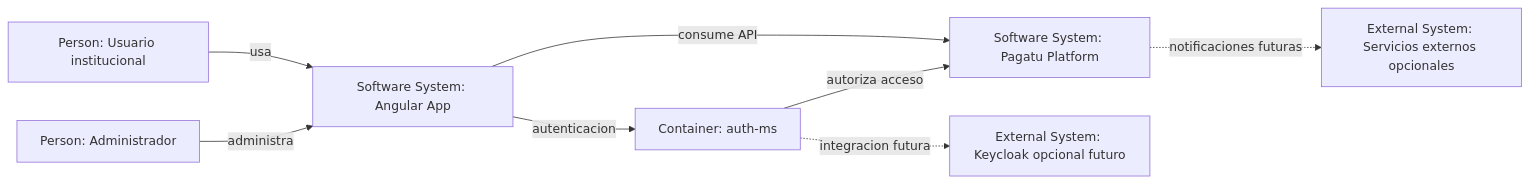
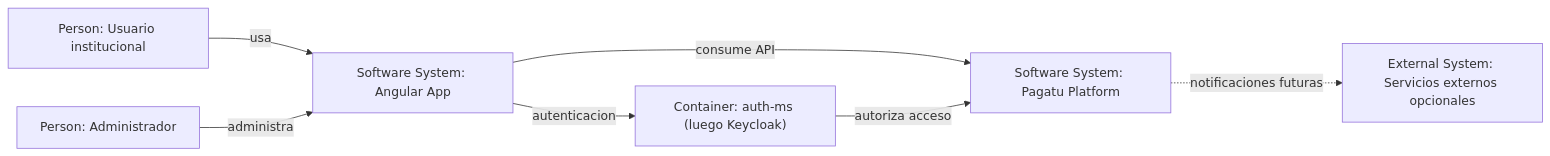
Before and after one commit to 262dist/pagatu: the first of 5 diagrams in README.md, drawn with Mermaid. The commit also changed other lines of this file and 1 other file, not shown here.

````diff
--- a/README.md
+++ b/README.md
@@ -39,18 +39,16 @@
 ```mermaid
 flowchart LR
     usuario["Person: Usuario institucional"]
     admin["Person: Administrador"]
     angular["Software System: Angular App"]
     pagatu["Software System: Pagatu Platform"]
-    auth["Container: auth-ms"]
-    keycloak["External System: Keycloak opcional futuro"]
+    auth["Container: auth-ms (luego Keycloak)"]
     correo["External System: Servicios externos opcionales"]
 
     usuario -->|usa| angular
     admin -->|administra| angular
     angular -->|consume API| pagatu
     angular -->|autenticacion| auth
     auth -->|autoriza acceso| pagatu
-    auth -. integracion futura .-> keycloak
     pagatu -. notificaciones futuras .-> correo
 ```
````
